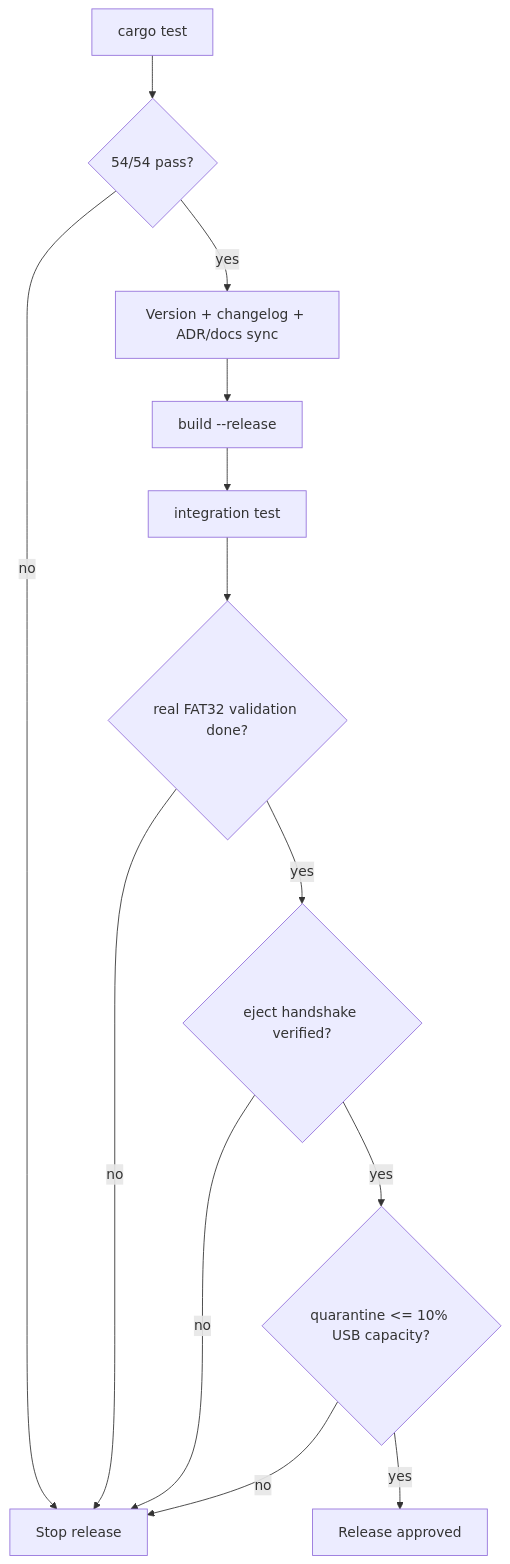
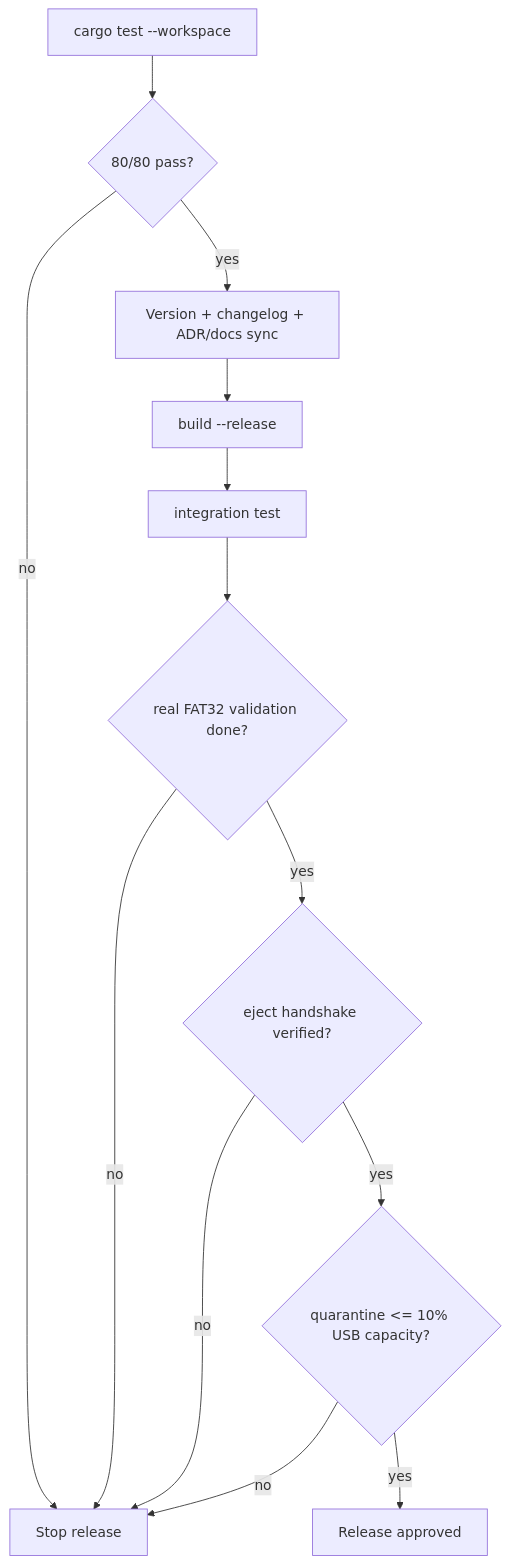
One commit to luisrc722/legacy-audio-provisioner changed the diagram in CHECKLIST.md. Above: the diagram before and after it, drawn with Mermaid. The commit also changed other lines of this file and 27 other files, not shown here.

````diff
--- a/CHECKLIST.md
+++ b/CHECKLIST.md
@@ -7,15 +7,15 @@
 ```mermaid
 flowchart TD
-	A[cargo test] --> B{54/54 pass?}
+	A[cargo test --workspace] --> B{80/80 pass?}
 	B -- no --> Z[Stop release]
 	B -- yes --> C[Version + changelog + ADR/docs sync]
 	C --> D[build --release]
 	D --> E[integration test]
 	E --> F{real FAT32 validation done?}
 	F -- no --> Z
 	F -- yes --> H{eject handshake verified?}
 	H -- no --> Z
 	H -- yes --> I{quarantine <= 10% USB capacity?}
 	I -- no --> Z
 	I -- yes --> G[Release approved]
 ```
````
